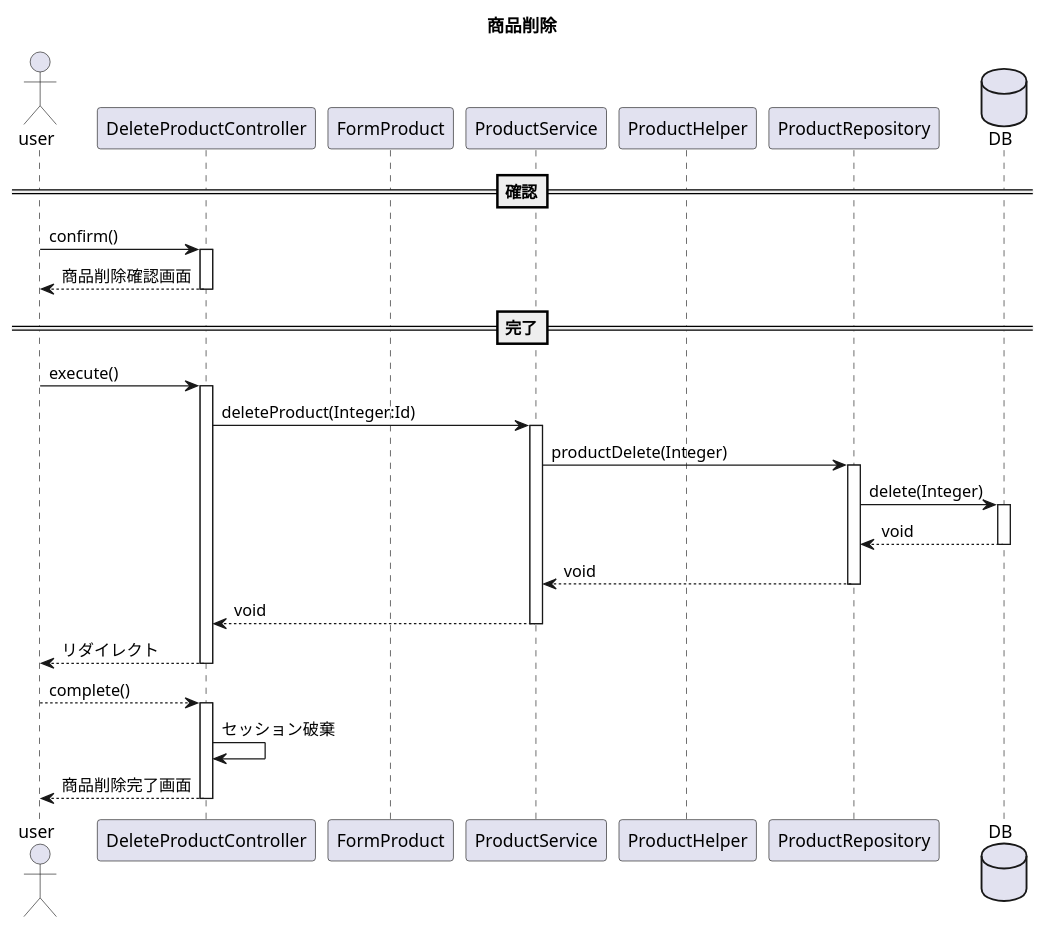
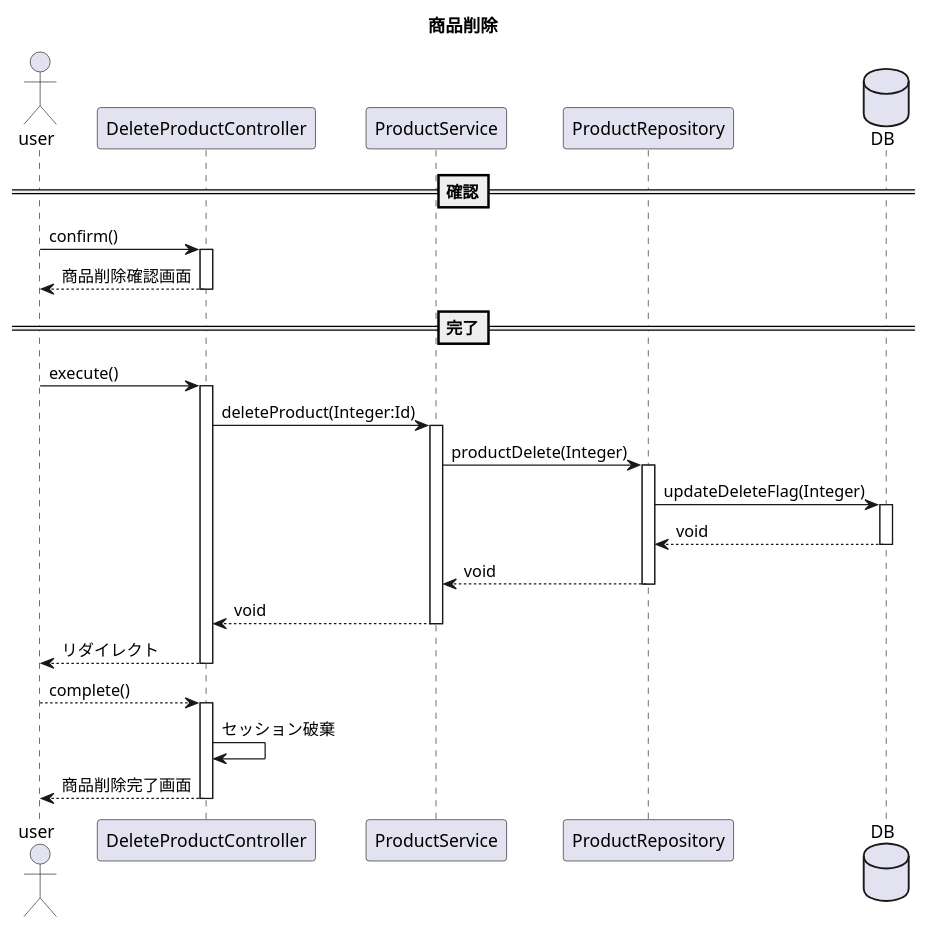
Before and after one commit to kanavii3333/ec-b: the diagram in plan/uml/sequence/uc013.plantuml, drawn with PlantUML. The commit also changed 13 other files, not shown here.

Commit message:
単体テスト　ファイル名変更　シーケンス図変更

```diff
--- a/plan/uml/sequence/uc013.plantuml
+++ b/plan/uml/sequence/uc013.plantuml
@@ -1,27 +1,26 @@
 @startuml
 title 商品削除
 actor user
 participant DeleteProductController as Controller
-participant FormProduct as Form
+
 participant ProductService as Service
-participant ProductHelper as Helper
 participant ProductRepository as Repository
 database DB
 
 ==確認==
 user -> Controller++:confirm()
 user <-- Controller--:商品削除確認画面
 ==完了==
 user -> Controller++:execute()
 Controller -> Service++:deleteProduct(Integer:Id)
 Service -> Repository++:productDelete(Integer)
-Repository -> DB++:delete(Integer)
+Repository -> DB++:updateDeleteFlag(Integer)
 Repository <-- DB--:void
 Service <-- Repository--:void
 Controller <-- Service--:void
 user <-- Controller--:リダイレクト
 user --> Controller++:complete()
 Controller -> Controller:セッション破棄
 user <-- Controller--:商品削除完了画面
 
 @enduml
```
